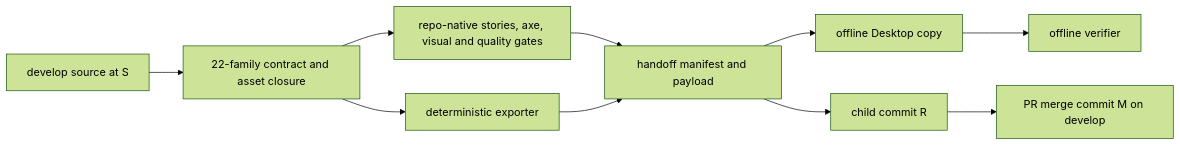
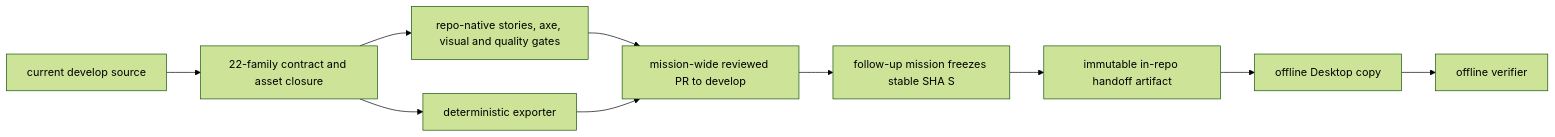
One commit to spec-kitty/spec-kitty-design changed the diagram in kitty-specs/desktop-v2-immutable-handoff-develop-01M3JSCM/plan.md. Above: the diagram before and after it, drawn with Mermaid (forest theme). The commit also changed other lines of this file and 3 other files, not shown here.

Commit message:
docs(docs): scope desktop contract mission before handoff

````diff
--- a/kitty-specs/desktop-v2-immutable-handoff-develop-01M3JSCM/plan.md
+++ b/kitty-specs/desktop-v2-immutable-handoff-develop-01M3JSCM/plan.md
@@ -31,12 +31,12 @@
 ```mermaid
 flowchart LR
-    A[develop source at S] --> B[22-family contract and asset closure]
+    A[current develop source] --> B[22-family contract and asset closure]
     B --> C[repo-native stories, axe, visual and quality gates]
     B --> D[deterministic exporter]
-    C --> E[handoff manifest and payload]
+    C --> E[mission-wide reviewed PR to develop]
     D --> E
-    E --> F[offline Desktop copy]
+    E --> S[follow-up mission freezes stable SHA S]
+    S --> H[immutable in-repo handoff artifact]
+    H --> F[offline Desktop copy]
     F --> G[offline verifier]
-    E --> R[child commit R]
-    R --> M[PR merge commit M on develop]
 ```
````
